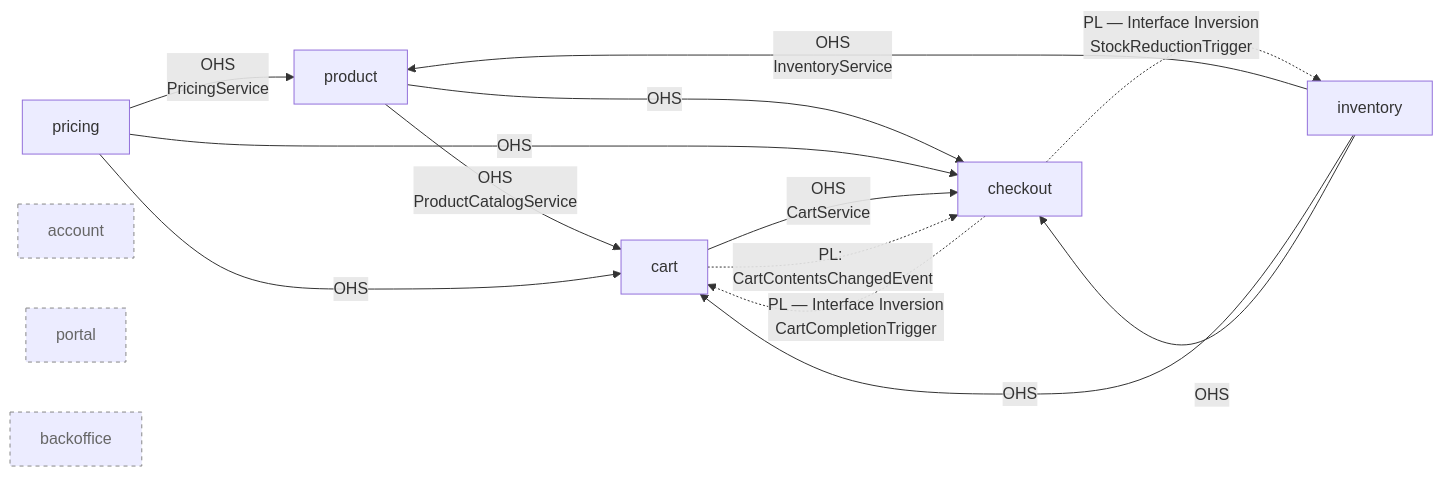
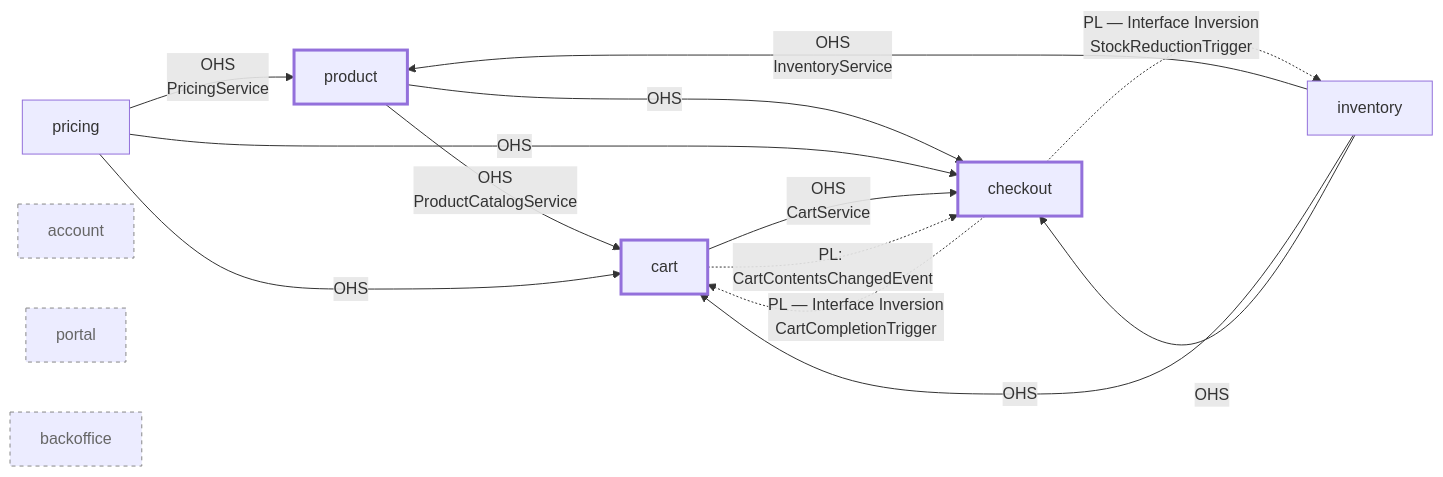
Before and after one commit to chbloemer/dca-ecommerce-sample: the diagram in docs/context-map.md, drawn with Mermaid. The commit also changed other lines of this file and 21 other files, not shown here.

````diff
--- a/docs/context-map.md
+++ b/docs/context-map.md
@@ -63,21 +69,26 @@
 ```mermaid
 graph LR
   pricing -->|OHS<br/>PricingService| product
   inventory -->|OHS<br/>InventoryService| product
   product -->|OHS<br/>ProductCatalogService| cart
   pricing -->|OHS| cart
   inventory -->|OHS| cart
   product -->|OHS| checkout
   pricing -->|OHS| checkout
   inventory -->|OHS| checkout
   cart -->|OHS<br/>CartService| checkout
   cart -.->|PL: CartContentsChangedEvent| checkout
   checkout -.->|PL — Interface Inversion<br/>CartCompletionTrigger| cart
   checkout -.->|PL — Interface Inversion<br/>StockReductionTrigger| inventory
 
+  product:::core
+  cart:::core
+  checkout:::core
+
   account:::sep
   portal:::sep
   backoffice:::sep
 
+  classDef core stroke-width:3px;
   classDef sep stroke-dasharray: 4 4,stroke:#888,color:#666;
 ```
````
